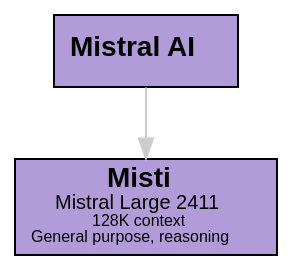
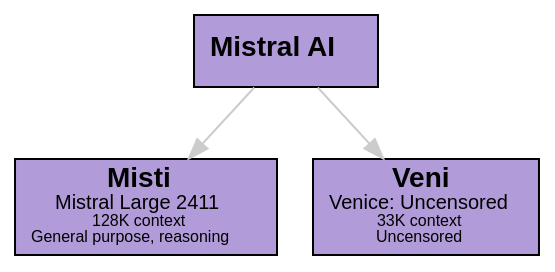
Diagram 12 of 13 in doc/guide.md (sswam/allemande), drawn with Graphviz before and after one commit. The commit also changed other lines of this file and 6 other files, not shown here.

First line of the commit message:
feat(agent): add Veni agent for Venice Uncensored model

````diff
--- a/doc/guide.md
+++ b/doc/guide.md
@@ -569,12 +569,14 @@
 ```dot
 digraph Mistral {
     graph [bgcolor=transparent]
     edge [color="#CCCCCC"]
     node [shape=box, style=filled, fillcolor="#B19CD9", fontname="Helvetica"]
 
     "Mistral" [label=<<b>Mistral AI</b>>]
     "Misti" [label=<<b>Misti</b><br/><font point-size="10">Mistral Large 2411</font><br/><font point-size="8">128K context</font><br/><font point-size="8">General purpose, reasoning</font>>]
+    "Veni" [label=<<b>Veni</b><br/><font point-size="10">Venice: Uncensored</font><br/><font point-size="8">33K context</font><br/><font point-size="8">Uncensored</font>>]
 
     "Mistral" -> "Misti"
+    "Mistral" -> "Veni"
 }
 ```
````
